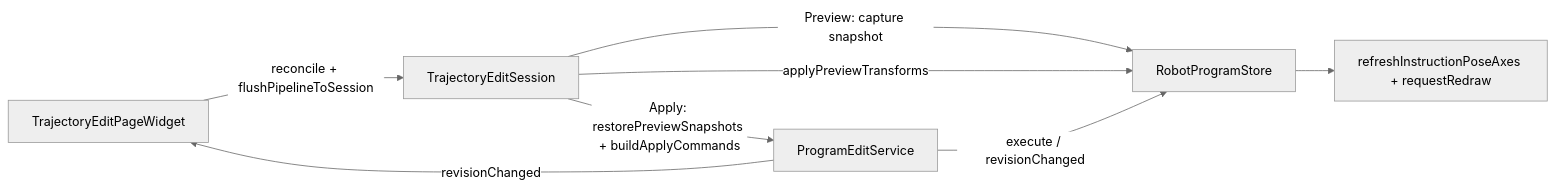
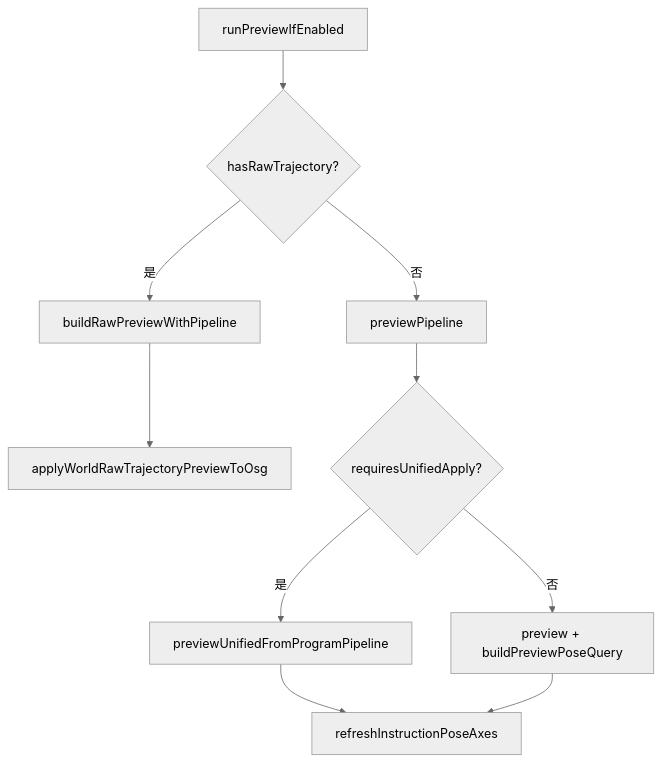
Before and after one commit to sanmunejdn/CloudSim: the diagram in src/UI/RobotWidget/DEVELOPER_GUIDE.md, drawn with Mermaid (neutral theme). The commit also changed other lines of this file and 55 other files, not shown here.

````diff
--- a/src/UI/RobotWidget/DEVELOPER_GUIDE.md
+++ b/src/UI/RobotWidget/DEVELOPER_GUIDE.md
@@ -284,16 +416,13 @@
 ```mermaid
-flowchart LR
-  UI[TrajectoryEditPageWidget]
-  Sess[TrajectoryEditSession]
-  Store[RobotProgramStore]
-  OSG[refreshInstructionPoseAxes + requestRedraw]
-  Cmd[ProgramEditService]
-
-  UI -->|reconcile + flushPipelineToSession| Sess
-  Sess -->|Preview: capture snapshot| Store
-  Sess -->|applyPreviewTransforms| Store
-  Store --> OSG
-  Sess -->|Apply: restorePreviewSnapshots + buildApplyCommands| Cmd
-  Cmd -->|execute / revisionChanged| Store
-  Cmd -->|revisionChanged| UI
+flowchart TD
+  UI[runPreviewIfEnabled]
+  UI --> HasRaw{hasRawTrajectory?}
+  HasRaw -->|是| RawPrev[buildRawPreviewWithPipeline]
+  RawPrev --> WorldOsg[applyWorldRawTrajectoryPreviewToOsg]
+  HasRaw -->|否| PipePrev[previewPipeline]
+  PipePrev --> NeedU{requiresUnifiedApply?}
+  NeedU -->|是| ProgU[previewUnifiedFromProgramPipeline]
+  NeedU -->|否| ProgQ[preview + buildPreviewPoseQuery]
+  ProgU --> Axes[refreshInstructionPoseAxes]
+  ProgQ --> Axes
 ```
````
